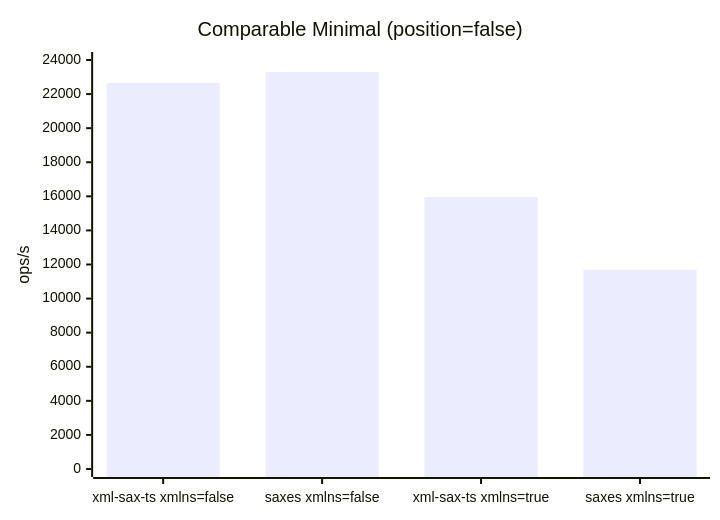
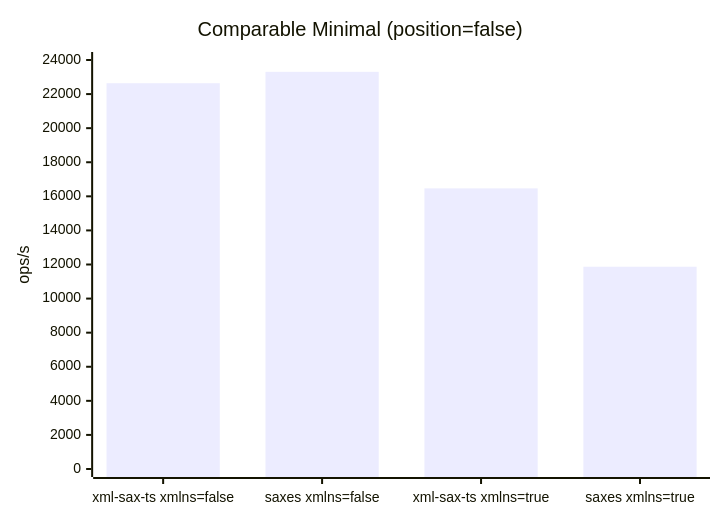
The third of 3 diagrams in README.md (aaronzi/xml-sax-ts), drawn with Mermaid before and after one commit. The commit also changed other lines of this file and 1 other file, not shown here.

````diff
--- a/README.md
+++ b/README.md
@@ -225,7 +225,7 @@
 ```mermaid
 xychart-beta
   title "Comparable Minimal (position=false)"
   x-axis ["xml-sax-ts xmlns=false", "saxes xmlns=false", "xml-sax-ts xmlns=true", "saxes xmlns=true"]
   y-axis "ops/s" 0 --> 24000
-  bar [22655.25, 23297.04, 15959.25, 11671.05]
+  bar [22637.22, 23305.98, 16468.14, 11868.48]
 ```
````
